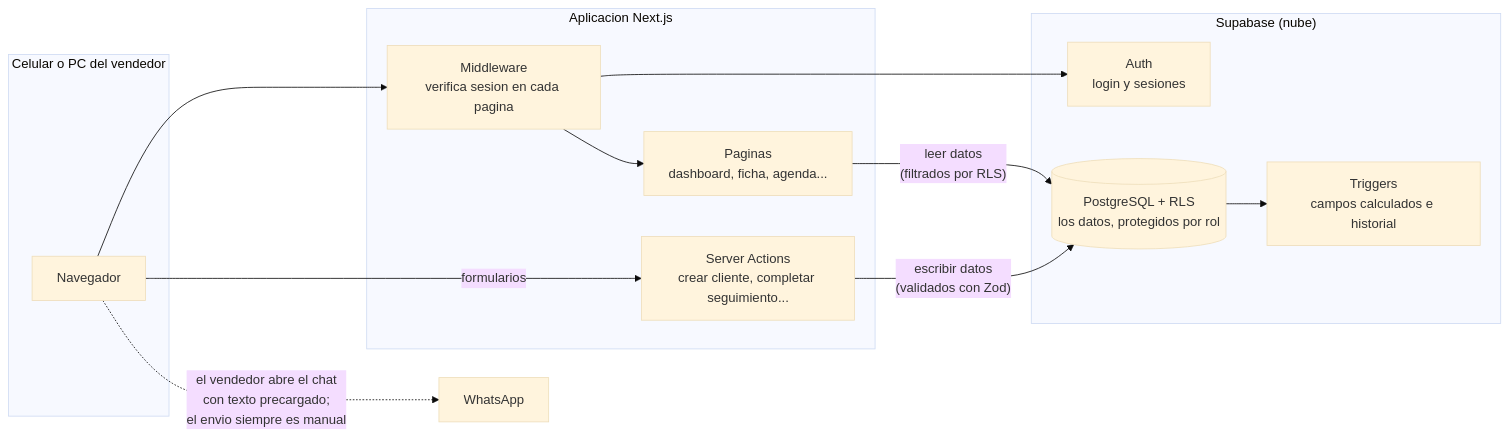
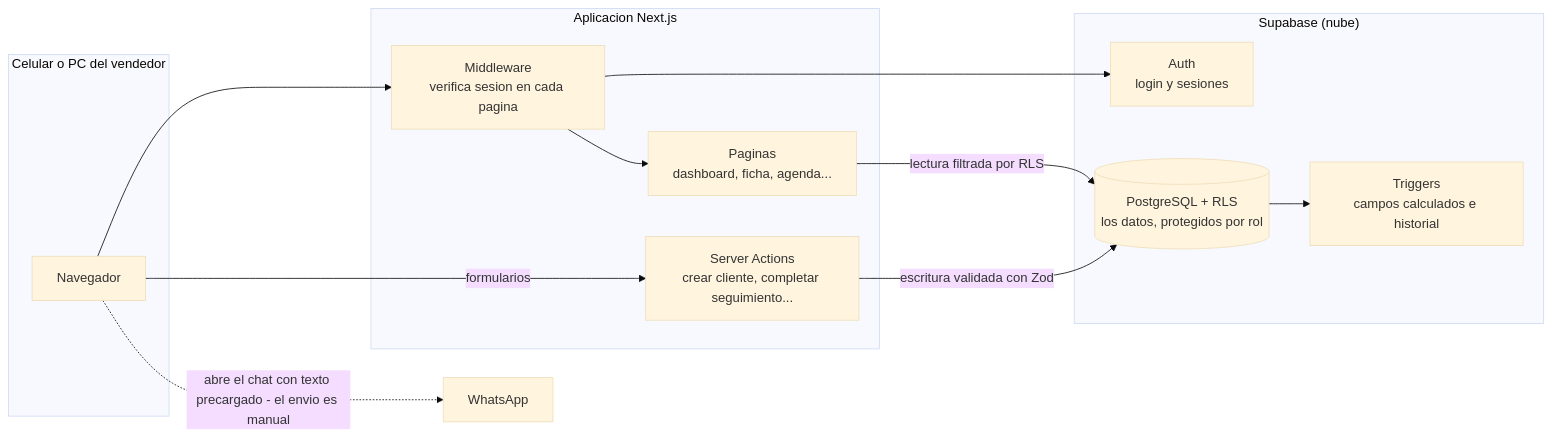
Before and after one commit to LautaroYamil/CRM-nicolas: the fifth of 5 diagrams in docs/diagramas-sistema.md, drawn with Mermaid (base theme). The commit also changed other lines of this file, not shown here.

Commit message:
﻿Simplificar sintaxis Mermaid para compatibilidad con previews

````diff
--- a/docs/diagramas-sistema.md
+++ b/docs/diagramas-sistema.md
@@ -133,29 +133,29 @@
 ```mermaid
 flowchart LR
     subgraph Celular_o_PC["Celular o PC del vendedor"]
         B["Navegador"]
     end
 
     subgraph NextJS["Aplicacion Next.js"]
         MW["Middleware<br/>verifica sesion en cada pagina"]
         P["Paginas<br/>dashboard, ficha, agenda..."]
         SA["Server Actions<br/>crear cliente, completar seguimiento..."]
     end
 
     subgraph Supabase["Supabase (nube)"]
         AUTH["Auth<br/>login y sesiones"]
         DB[("PostgreSQL + RLS<br/>los datos, protegidos por rol")]
         TR["Triggers<br/>campos calculados e historial"]
     end
 
     B --> MW
     MW --> AUTH
     MW --> P
-    B -- "formularios" --> SA
-    P -- "leer datos<br/>(filtrados por RLS)" --> DB
-    SA -- "escribir datos<br/>(validados con Zod)" --> DB
+    B -->|formularios| SA
+    P -->|lectura filtrada por RLS| DB
+    SA -->|escritura validada con Zod| DB
     DB --> TR
 
     W["WhatsApp"]
-    B -. "el vendedor abre el chat<br/>con texto precargado;<br/>el envio siempre es manual" .-> W
+    B -.->|abre el chat con texto precargado - el envio es manual| W
 ```
````
